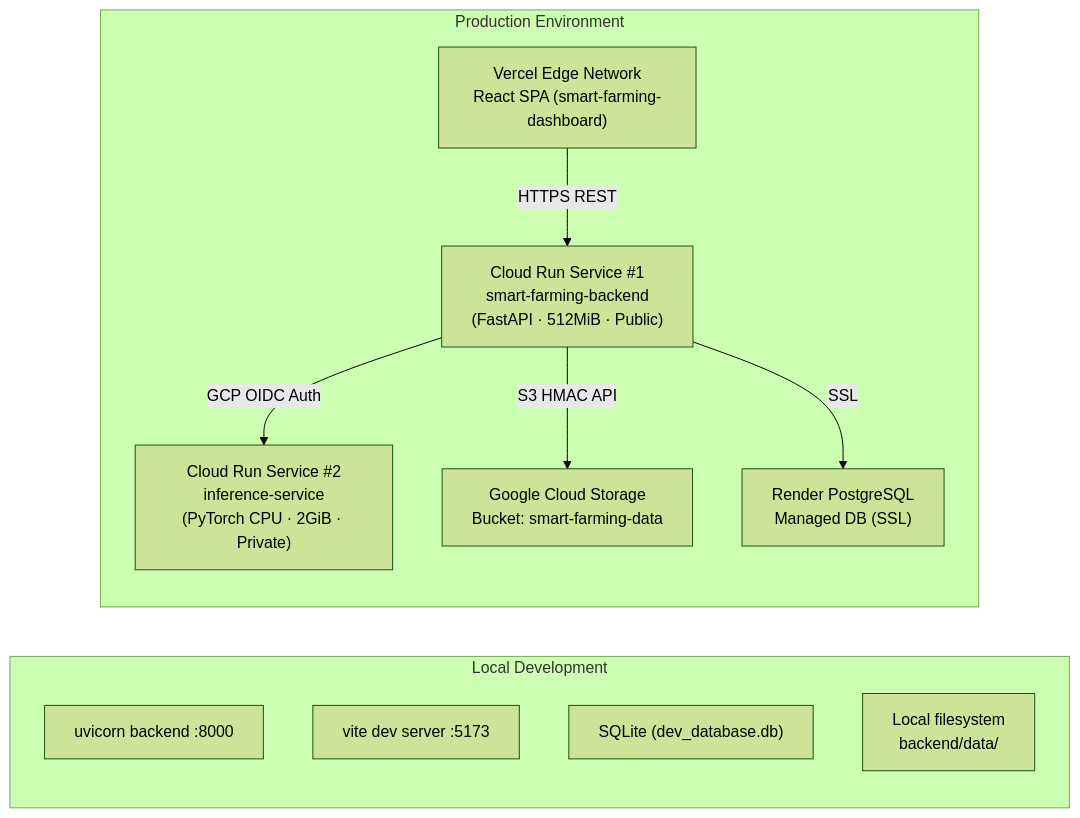
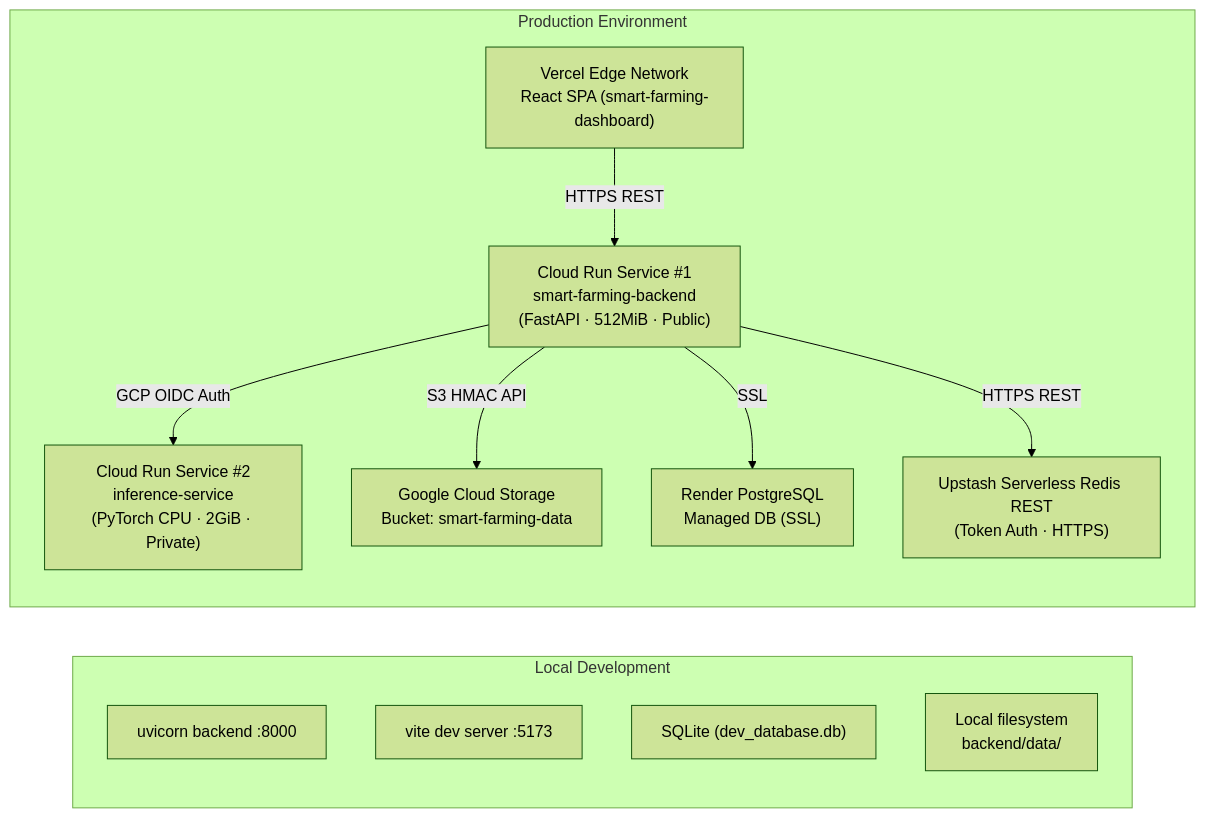
Diagram 11 of 11 in Docs/Architecture.md (manthan2876/Smart-Farming), drawn with Mermaid (forest theme) before and after one commit. The commit also changed other lines of this file and 11 other files, not shown here.

````diff
--- a/Docs/Architecture.md
+++ b/Docs/Architecture.md
@@ -720,22 +735,24 @@
 ```mermaid
 flowchart LR
     subgraph DEV["Local Development"]
         UVICORN["uvicorn backend :8000"]
         VITE["vite dev server :5173"]
         SQLITE["SQLite (dev_database.db)"]
         LOCAL_S["Local filesystem\nbackend/data/"]
     end
 
     subgraph PROD["Production Environment"]
         VERCEL["Vercel Edge Network\nReact SPA (smart-farming-dashboard)"]
         CR_BACKEND["Cloud Run Service #1\nsmart-farming-backend\n(FastAPI · 512MiB · Public)"]
         CR_INFER["Cloud Run Service #2\ninference-service\n(PyTorch CPU · 2GiB · Private)"]
         GCS_STORE["Google Cloud Storage\nBucket: smart-farming-data"]
         RENDER_PG["Render PostgreSQL\nManaged DB (SSL)"]
+        UPSTASH_REDIS["Upstash Serverless Redis REST\n(Token Auth · HTTPS)"]
     end
 
     VERCEL -->|HTTPS REST| CR_BACKEND
     CR_BACKEND -->|GCP OIDC Auth| CR_INFER
     CR_BACKEND -->|S3 HMAC API| GCS_STORE
     CR_BACKEND -->|SSL| RENDER_PG
+    CR_BACKEND -->|HTTPS REST| UPSTASH_REDIS
 ```
````
